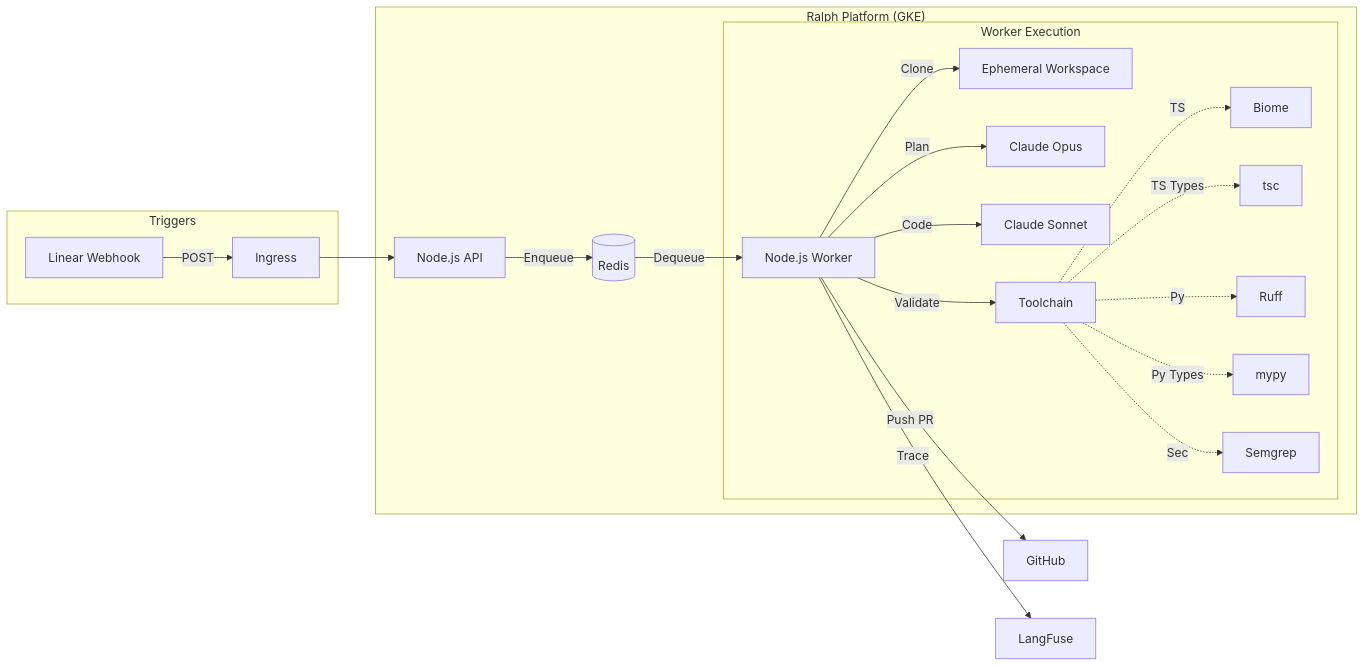
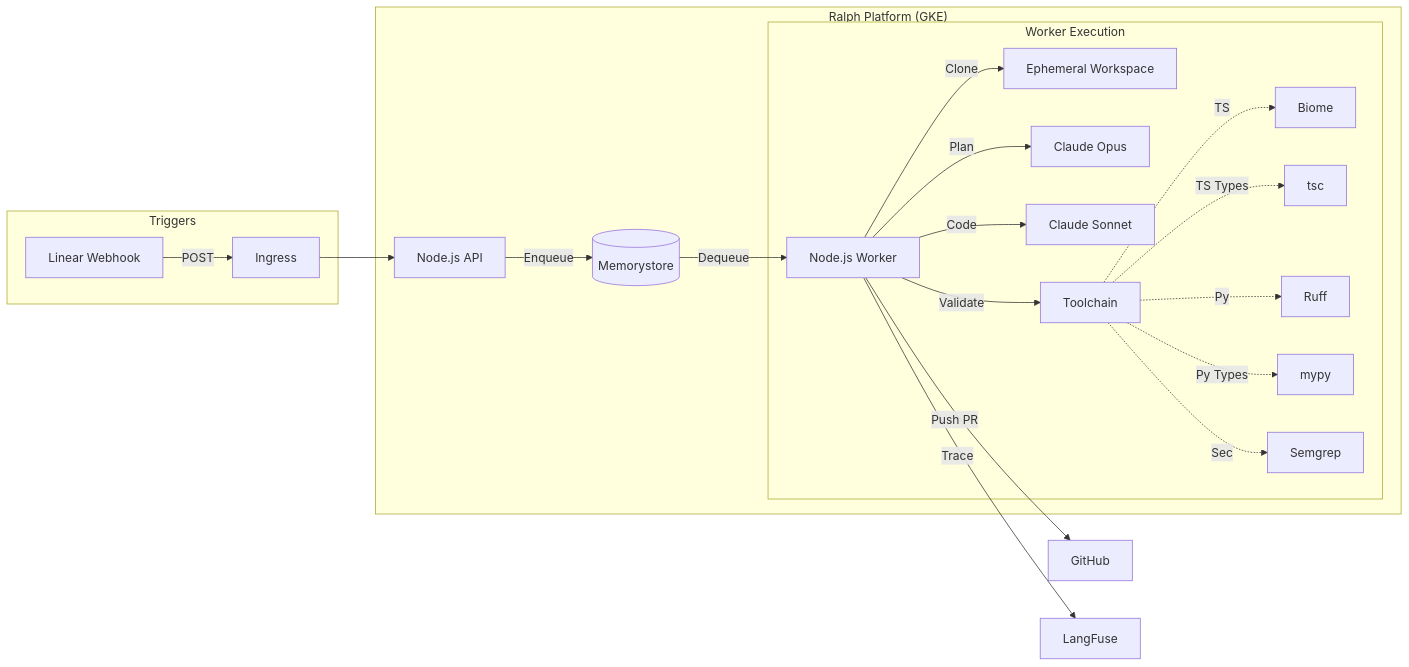
One commit to Replikanti/ralph-platform changed the diagram in README.md. Above: the diagram before and after it, drawn with Mermaid. The commit also changed other lines of this file, not shown here.

````diff
--- a/README.md
+++ b/README.md
@@ -7,26 +21,26 @@
 ```mermaid
 graph LR
     subgraph "Triggers"
         Linear[Linear Webhook] -->|POST| Ingress
     end
     subgraph "Ralph Platform (GKE)"
         Ingress --> API[Node.js API]
-        API -->|Enqueue| Redis[(Redis)]
+        API -->|Enqueue| Redis[(Memorystore)]
         Redis -->|Dequeue| Worker[Node.js Worker]
         
         subgraph "Worker Execution"
             Worker -->|Clone| Git[Ephemeral Workspace]
             Worker -->|Plan| Opus[Claude Opus]
             Worker -->|Code| Sonnet[Claude Sonnet]
             Worker -->|Validate| Polyglot[Toolchain]
             
             Polyglot -.->|TS| Biome
             Polyglot -.->|TS Types| tsc
             Polyglot -.->|Py| Ruff
             Polyglot -.->|Py Types| mypy
             Polyglot -.->|Sec| Semgrep
         end
     end
     Worker -->|Push PR| GitHub
     Worker -->|Trace| LangFuse
 ```
````
